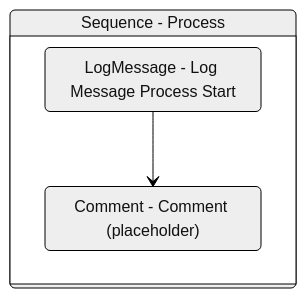
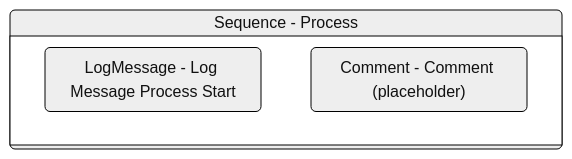
One commit to yashbrahmbhatt/LazyFramework changed the diagram in Documentation/.templates/Performers/REFramework/Framework/Process.md. Above: the diagram before and after it, drawn with Mermaid (neutral theme). The commit also changed 72 other files, not shown here.

````diff
--- a/Documentation/.templates/Performers/REFramework/Framework/Process.md
+++ b/Documentation/.templates/Performers/REFramework/Framework/Process.md
@@ -99,12 +99,11 @@
 ```mermaid
 stateDiagram-v2
 
 
 Sequence_2: Sequence - Process
 state Sequence_2 {
 direction TB
 LogMessage_1 : LogMessage - Log Message Process Start
 Comment_1 : Comment - Comment (placeholder)
-LogMessage_1 --> Comment_1
 }
 ```
````
